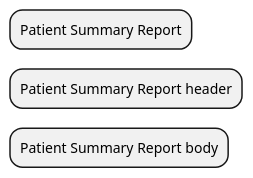
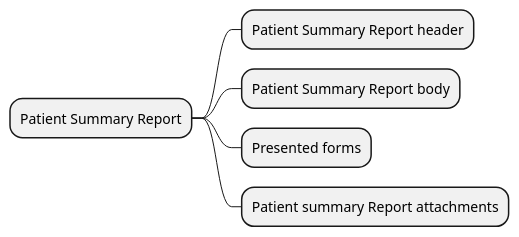
One commit to Xt-EHR/xt-ehr-common changed the diagram in input/images-source/PsReport_CIM.plantuml. Above: the diagram before and after it, drawn with PlantUML.

```diff
--- a/input/images-source/PsReport_CIM.plantuml
+++ b/input/images-source/PsReport_CIM.plantuml
@@ -1,5 +1,7 @@
 @startmindmap
 * Patient Summary Report
-* Patient Summary Report header
-* Patient Summary Report body
+** Patient Summary Report header
+** Patient Summary Report body
+** Presented forms
+** Patient summary Report attachments
 @endmindmap
```
